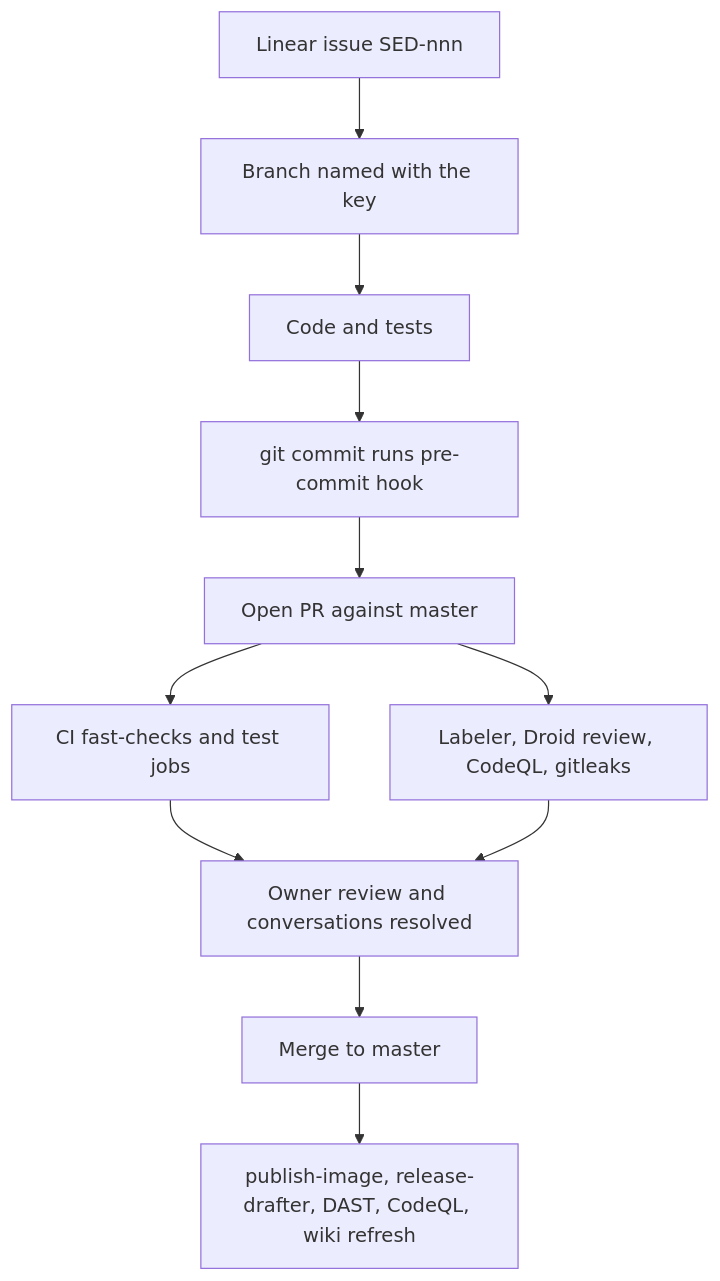
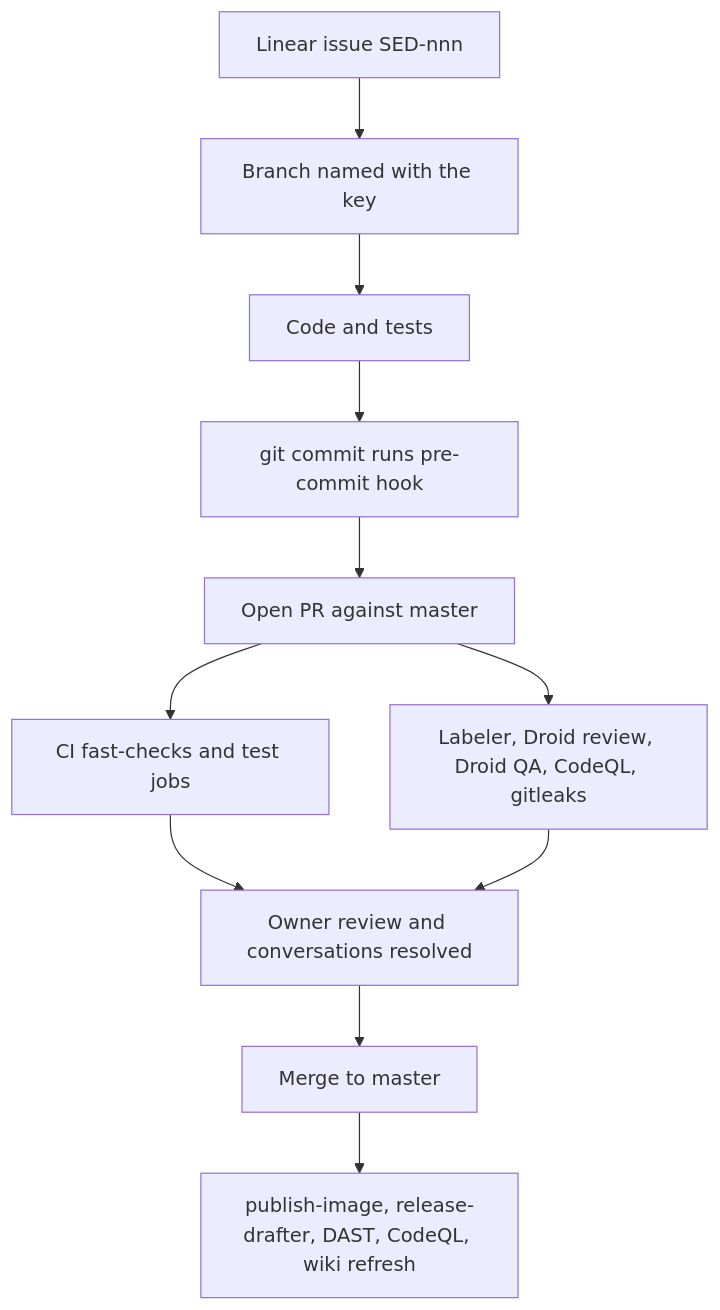
The diagram in droid-wiki/how-to-contribute/development-workflow.md (factory-aj-pahl/mockingbird-bank), drawn with Mermaid before and after one commit. The commit also changed other lines of this file and 21 other files, not shown here.

````diff
--- a/droid-wiki/how-to-contribute/development-workflow.md
+++ b/droid-wiki/how-to-contribute/development-workflow.md
@@ -7,13 +7,13 @@
 ```mermaid
 graph TD
     A[Linear issue SED-nnn] --> B[Branch named with the key]
     B --> C[Code and tests]
     C --> D[git commit runs pre-commit hook]
     D --> E[Open PR against master]
     E --> F[CI fast-checks and test jobs]
-    E --> G[Labeler, Droid review, CodeQL, gitleaks]
+    E --> G[Labeler, Droid review, Droid QA, CodeQL, gitleaks]
     F --> H[Owner review and conversations resolved]
     G --> H
     H --> I[Merge to master]
     I --> J[publish-image, release-drafter, DAST, CodeQL, wiki refresh]
 ```
````
